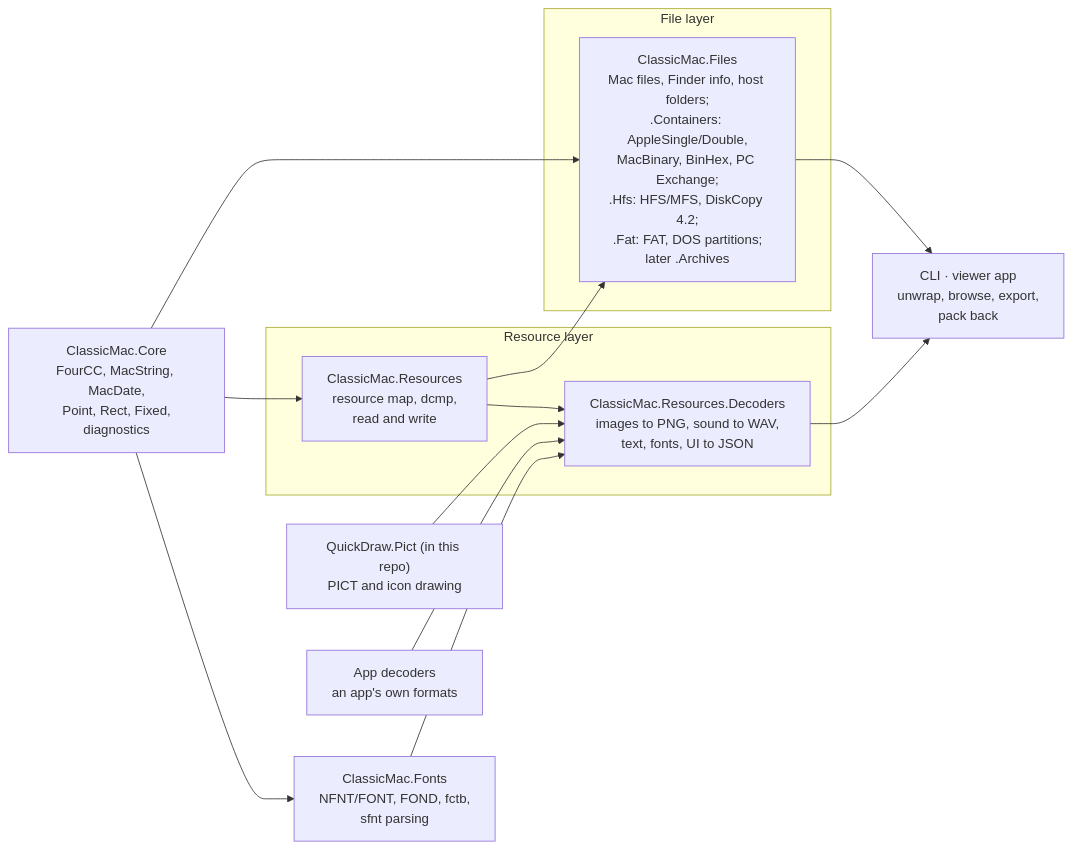
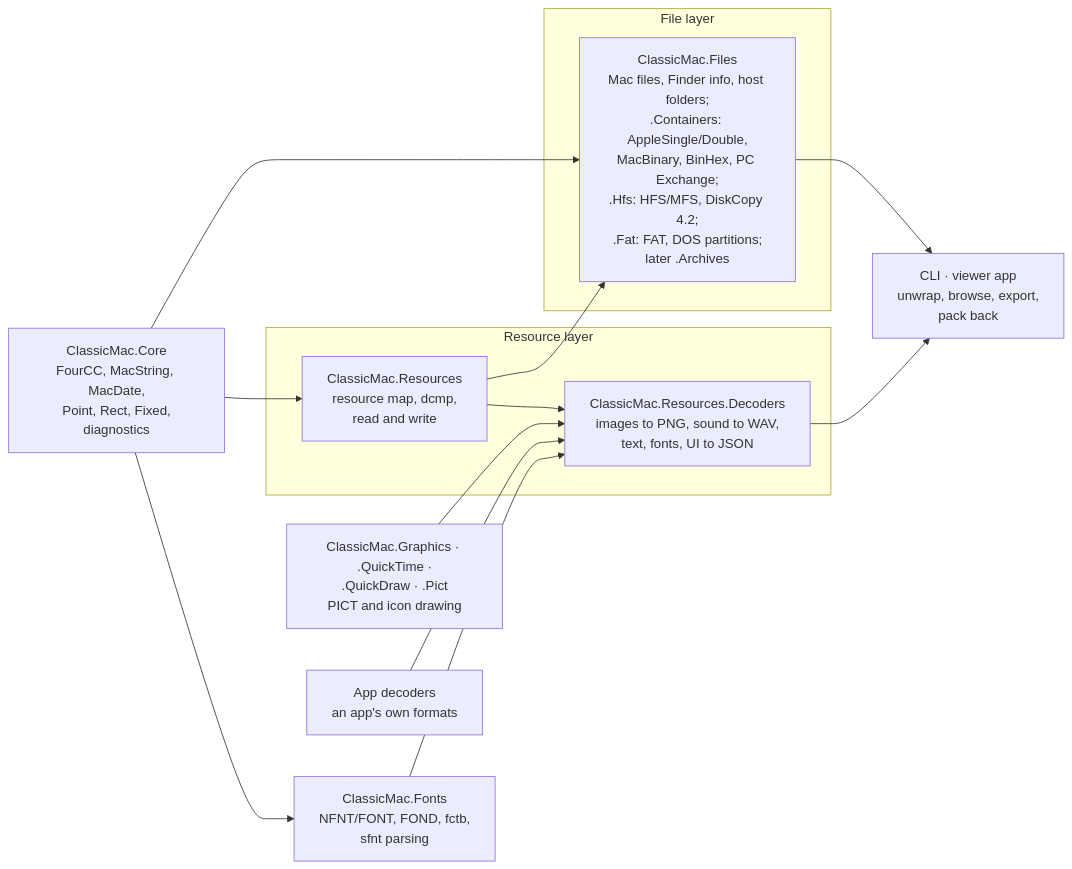
Before and after one commit to inexin/ClassicMac: the diagram in docs/PLAN.md, drawn with Mermaid. The commit also changed other lines of this file and 152 other files, not shown here.

Commit message:
Graphics packages: QuickDraw.Pict split into ClassicMac.Graphics, .QuickTime, .QuickDraw, .Pict, .ImageSharp, .SkiaSharp; PictReader.Read replaces PictBitmap.Info; QuickDrawResources in the decoders; docs

````diff
--- a/docs/PLAN.md
+++ b/docs/PLAN.md
@@ -310,20 +311,20 @@
 ```mermaid
 flowchart LR
     B["ClassicMac.Core<br/>FourCC, MacString, MacDate,<br/>Point, Rect, Fixed,<br/>diagnostics"]
     subgraph filelayer["File layer"]
         F["ClassicMac.Files<br/>Mac files, Finder info, host folders;<br/>.Containers: AppleSingle/Double,<br/>MacBinary, BinHex, PC Exchange;<br/>.Hfs: HFS/MFS, DiskCopy 4.2;<br/>.Fat: FAT, DOS partitions;<br/>later .Archives"]
     end
     subgraph resourcelayer["Resource layer"]
         M["ClassicMac.Resources<br/>resource map, dcmp,<br/>read and write"]
         D["ClassicMac.Resources.Decoders<br/>images to PNG, sound to WAV,<br/>text, fonts, UI to JSON"]
     end
     T["ClassicMac.Fonts<br/>NFNT/FONT, FOND, fctb,<br/>sfnt parsing"]
     E["CLI · viewer app<br/>unwrap, browse, export,<br/>pack back"]
     B --> F & M & T
     T --> D
     M --> F
     M --> D
     F & D --> E
-    Q["QuickDraw.Pict (in this repo)<br/>PICT and icon drawing"] --> D
+    Q["ClassicMac.Graphics · .QuickTime ·<br/>.QuickDraw · .Pict<br/>PICT and icon drawing"] --> D
     A["App decoders<br/>an app's own formats"] --> D
 ```
````
